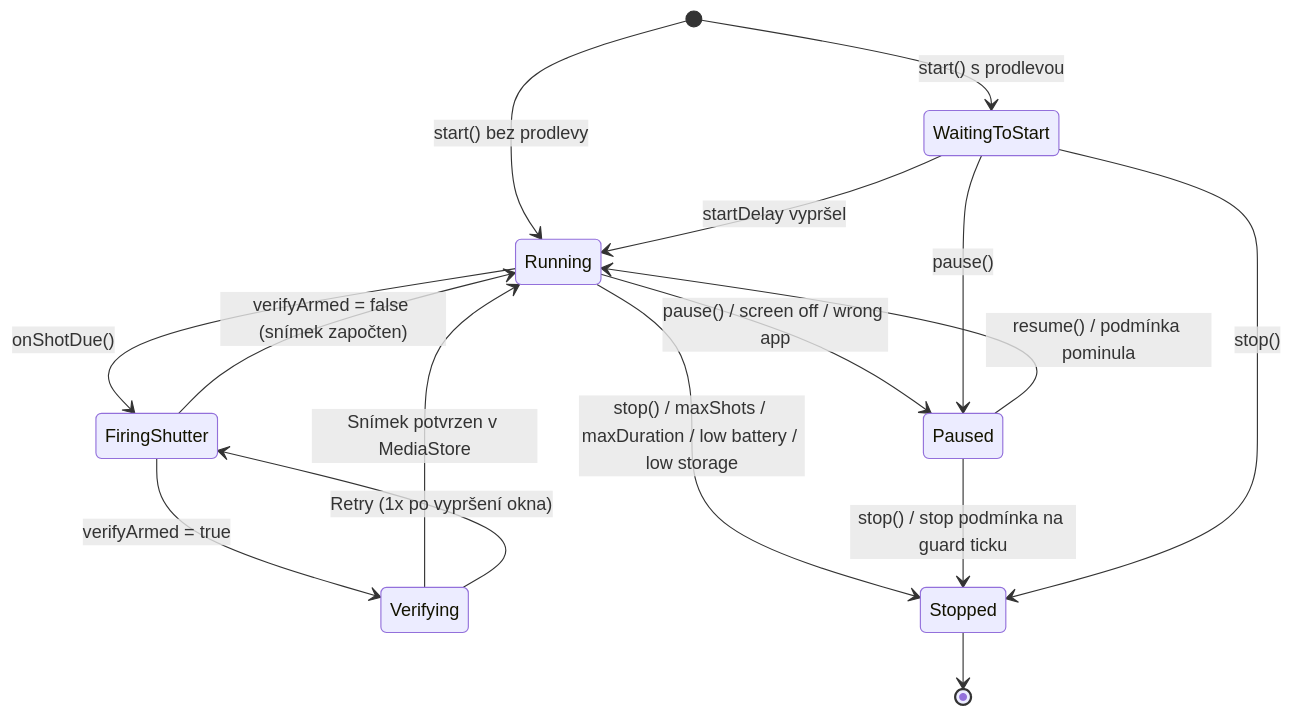
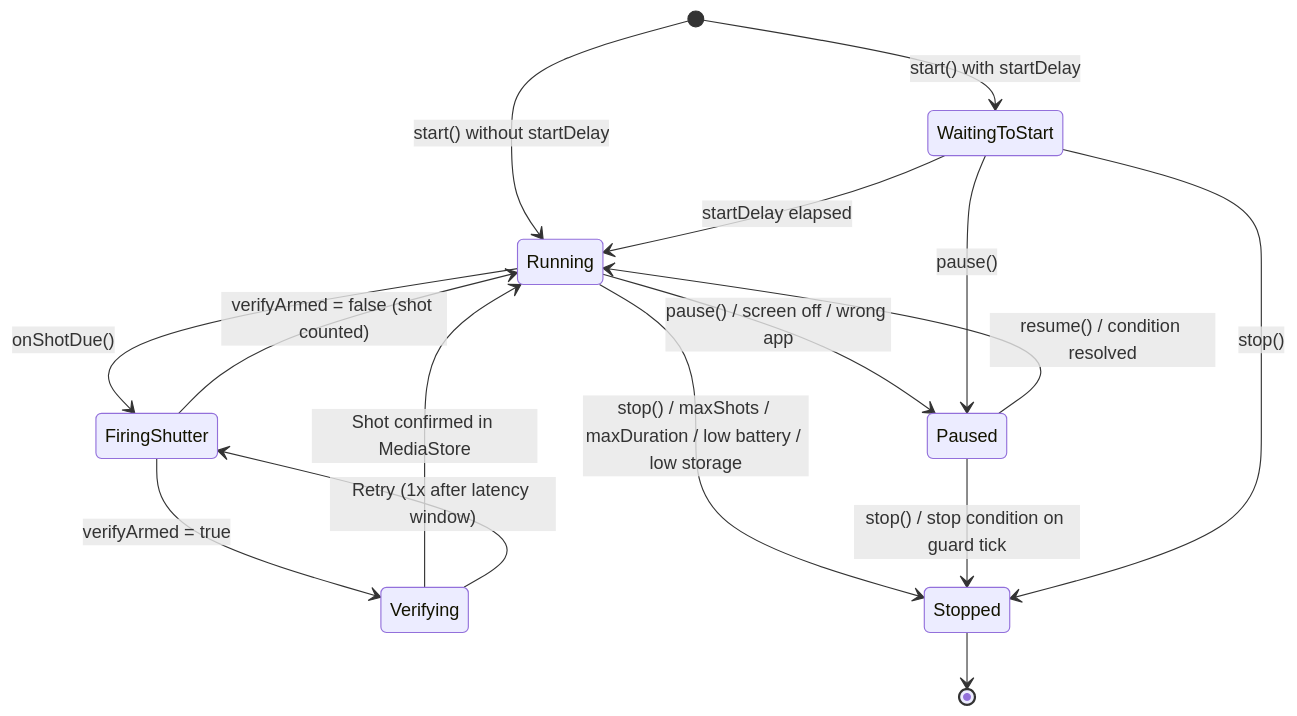
Before and after one commit to Dazix/android-caelis: the fourth of 5 diagrams in APP_SUMMARY.md, drawn with Mermaid. The commit also changed other lines of this file and 3 other files, not shown here.

````diff
--- a/APP_SUMMARY.md
+++ b/APP_SUMMARY.md
@@ -477,23 +538,23 @@
 ```mermaid
 stateDiagram-v2
-    [*] --> WaitingToStart: start() s prodlevou
-    [*] --> Running: start() bez prodlevy
-    WaitingToStart --> Running: startDelay vypršel
+    [*] --> WaitingToStart: start() with startDelay
+    [*] --> Running: start() without startDelay
+    WaitingToStart --> Running: startDelay elapsed
     
     Running --> FiringShutter: onShotDue()
     FiringShutter --> Verifying: verifyArmed = true
-    FiringShutter --> Running: verifyArmed = false (snímek započten)
+    FiringShutter --> Running: verifyArmed = false (shot counted)
     
-    Verifying --> Running: Snímek potvrzen v MediaStore
-    Verifying --> FiringShutter: Retry (1x po vypršení okna)
+    Verifying --> Running: Shot confirmed in MediaStore
+    Verifying --> FiringShutter: Retry (1x after latency window)
     
     Running --> Paused: pause() / screen off / wrong app
     WaitingToStart --> Paused: pause()
-    Paused --> Running: resume() / podmínka pominula
+    Paused --> Running: resume() / condition resolved
     
     Running --> Stopped: stop() / maxShots / maxDuration / low battery / low storage
-    Paused --> Stopped: stop() / stop podmínka na guard ticku
+    Paused --> Stopped: stop() / stop condition on guard tick
     WaitingToStart --> Stopped: stop()
     
     Stopped --> [*]
 ```
````
